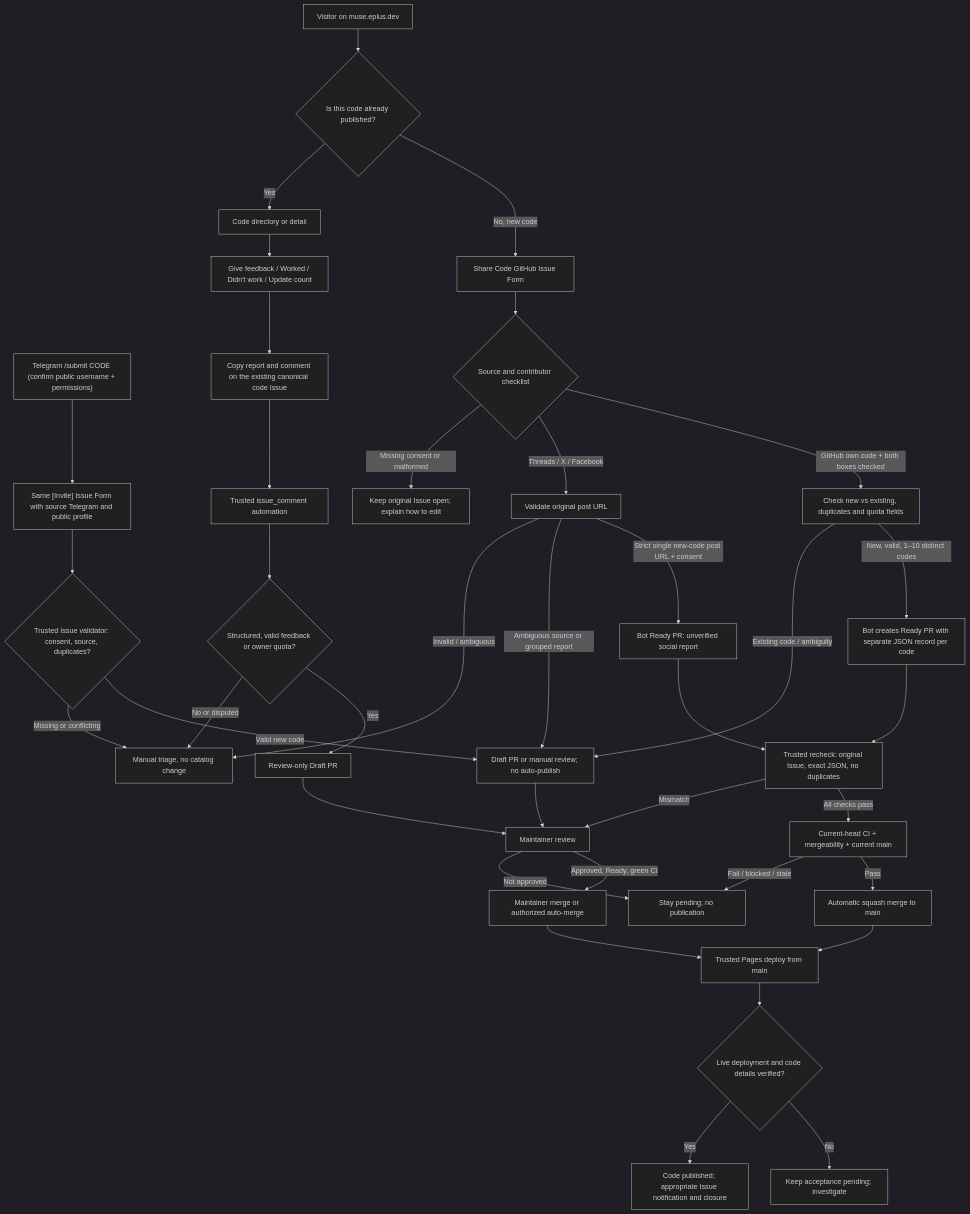
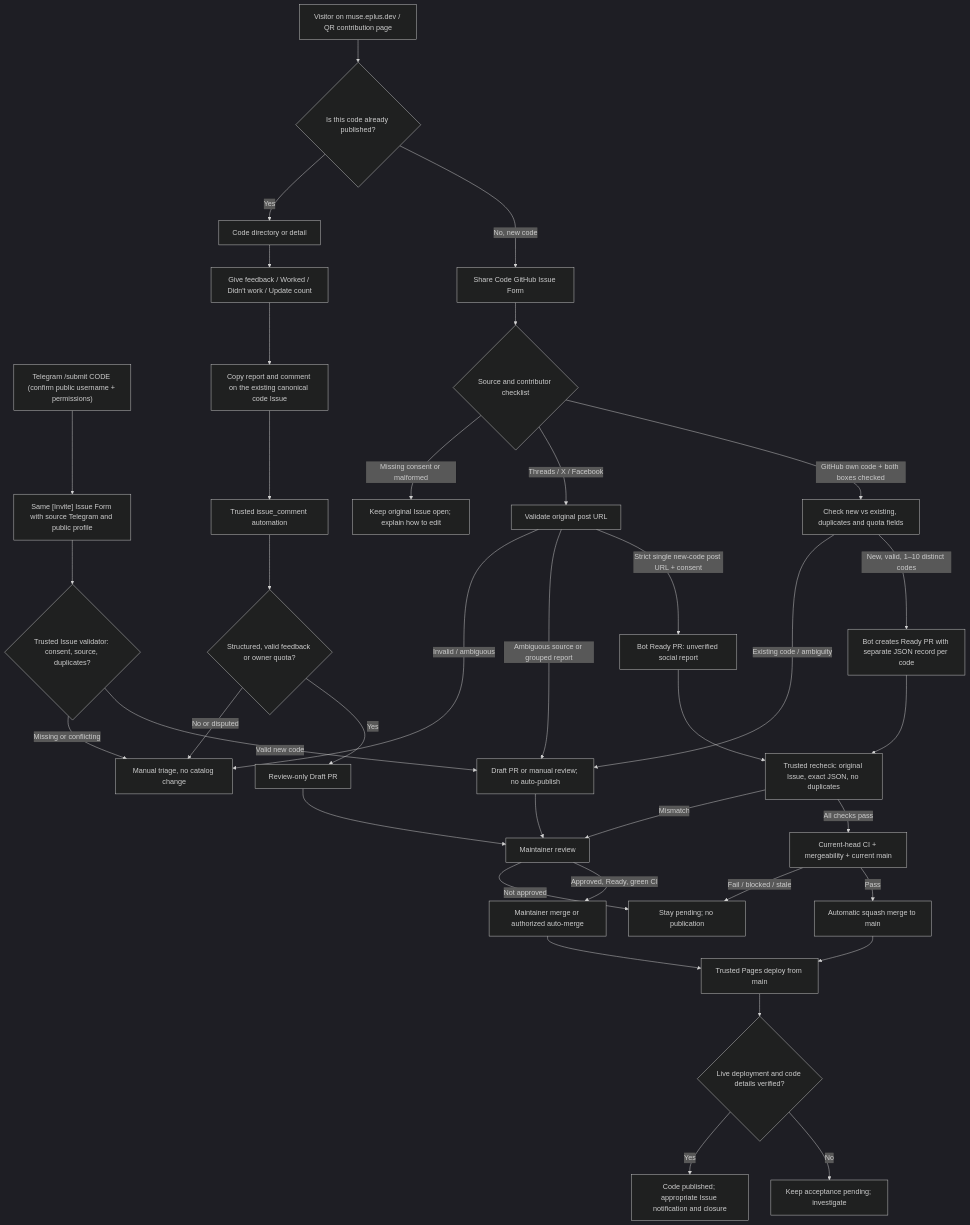
One commit to ePlus-DEV/muse-invite-hub changed the first of 2 diagrams in docs/CONTRIBUTION_FLOW.md. Above: the diagram before and after it, drawn with Mermaid (dark theme). The commit also changed other lines of this file, not shown here.

Commit message:
docs: promote Telegram-first and explain permanent QR contribution link

````diff
--- a/docs/CONTRIBUTION_FLOW.md
+++ b/docs/CONTRIBUTION_FLOW.md
@@ -9,40 +9,40 @@
 ```mermaid
 flowchart TD
-    A["Visitor on muse.eplus.dev"] --> B{"Is this code already published?"}
+    A["Visitor on muse.eplus.dev / QR contribution page"] --> B{"Is this code already published?"}
     TG["Telegram /submit CODE (confirm public username + permissions)"] --> TGI["Same [Invite] Issue Form with source Telegram and public profile"]
     TGI --> TGD{"Trusted Issue validator: consent, source, duplicates?"}
     TGD -->|"Valid new code"| P
     TGD -->|"Missing or conflicting"| J
     B -->|"No, new code"| C["Share Code GitHub Issue Form"]
     B -->|"Yes"| D["Code directory or detail"]
     D --> E["Give feedback / Worked / Didn't work / Update count"]
     E --> F["Copy report and comment on the existing canonical code Issue"]
     F --> G["Trusted issue_comment automation"]
     G --> H{"Structured, valid feedback or owner quota?"}
     H -->|"Yes"| I["Review-only Draft PR"]
     H -->|"No or disputed"| J["Manual triage, no catalog change"]
     C --> K{"Source and contributor checklist"}
     K -->|"GitHub own code + both boxes checked"| L["Check new vs existing, duplicates and quota fields"]
     K -->|"Threads / X / Facebook"| M["Validate original post URL"]
     K -->|"Missing consent or malformed"| N["Keep original Issue open; explain how to edit"]
     L -->|"New, valid, 1–10 distinct codes"| O["Bot creates Ready PR with separate JSON record per code"]
     L -->|"Existing code / ambiguity"| P["Draft PR or manual review; no auto-publish"]
     M -->|"Strict single new-code post URL + consent"| Q["Bot Ready PR: unverified social report"]
     M -->|"Ambiguous source or grouped report"| P
     M -->|"Invalid / ambiguous"| J
     I --> R["Maintainer review"]
     P --> R
     Q --> S
     O --> S["Trusted recheck: original Issue, exact JSON, no duplicates"]
     S -->|"All checks pass"| T["Current-head CI + mergeability + current main"]
     S -->|"Mismatch"| R
     T -->|"Pass"| U["Automatic squash merge to main"]
     T -->|"Fail / blocked / stale"| V["Stay pending; no publication"]
     R -->|"Approved, Ready, green CI"| W["Maintainer merge or authorized auto-merge"]
     R -->|"Not approved"| V
     U --> X["Trusted Pages deploy from main"]
     W --> X
     X --> Y{"Live deployment and code details verified?"}
     Y -->|"No"| Z["Keep acceptance pending; investigate"]
     Y -->|"Yes"| AA["Code published; appropriate Issue notification and closure"]
 ```
````
